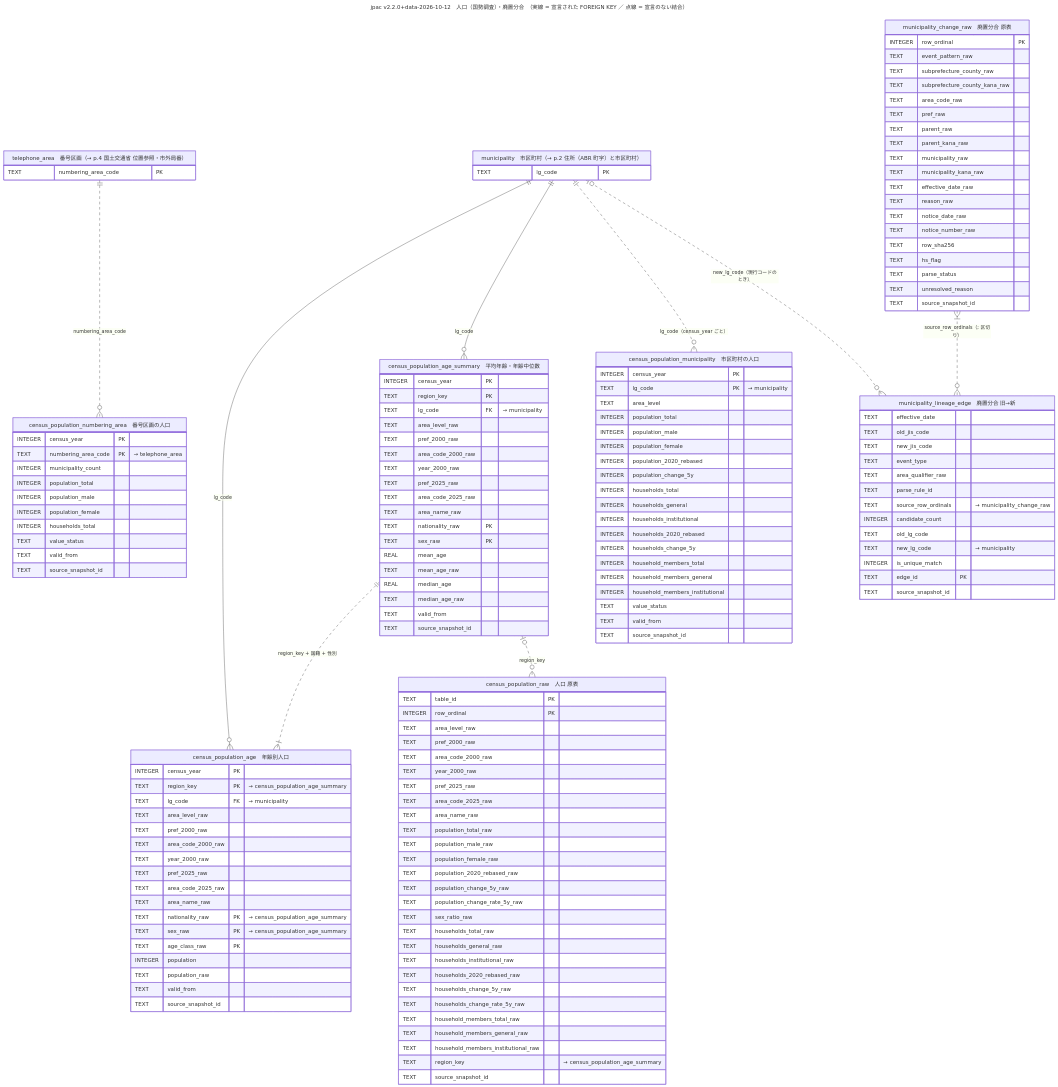
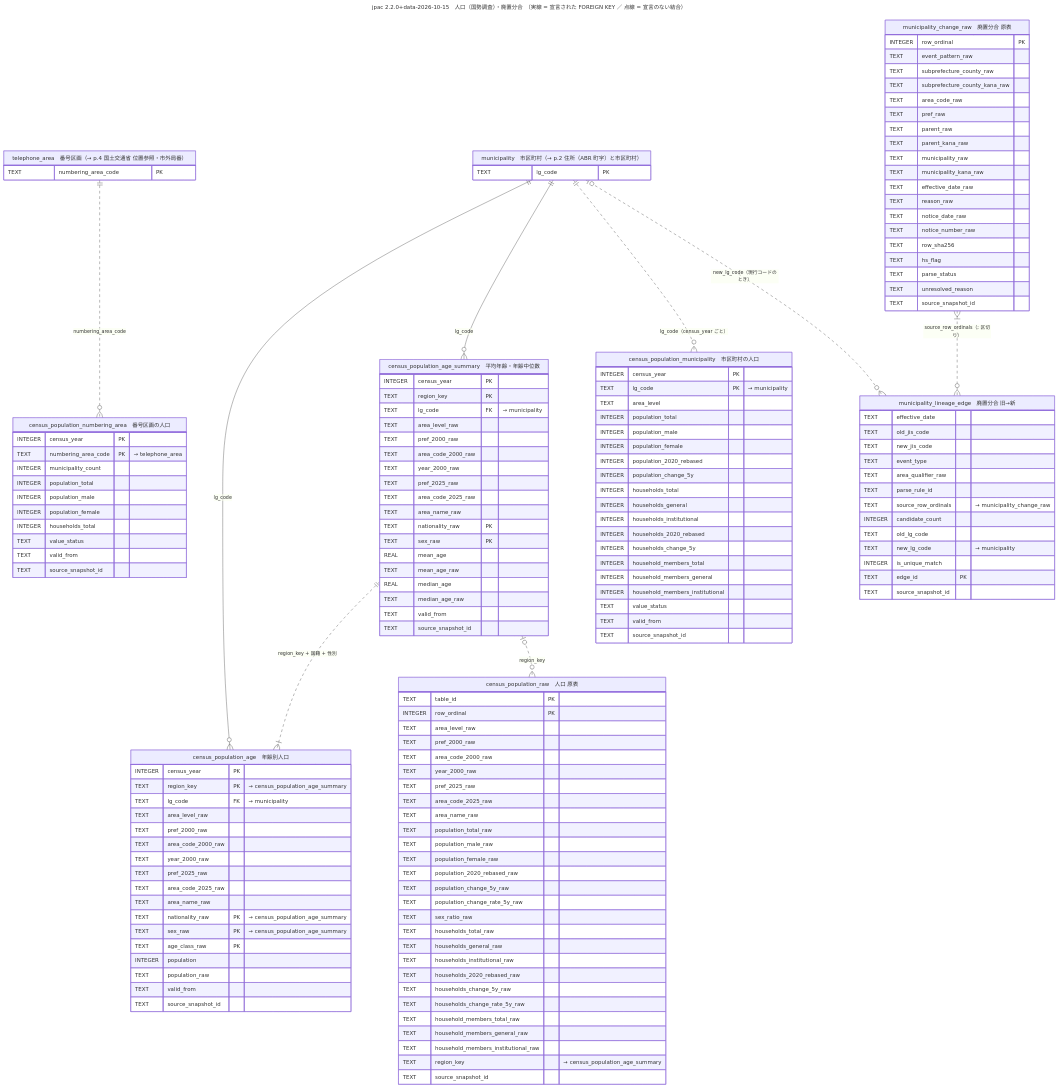
The diagram in docs/diagrams/er/05-census-lineage.mmd (Retro-Maid/jpac), drawn with Mermaid before and after one commit. The commit also changed 33 other files, not shown here.

```diff
--- a/docs/diagrams/er/05-census-lineage.mmd
+++ b/docs/diagrams/er/05-census-lineage.mmd
@@ -1,155 +1,155 @@
 ---
-title: jpac v2.2.0+data-2026-10-12　人口（国勢調査）・廃置分合　（実線 = 宣言された FOREIGN KEY ／ 点線 = 宣言のない結合）
+title: jpac 2.2.0+data-2026-10-15　人口（国勢調査）・廃置分合　（実線 = 宣言された FOREIGN KEY ／ 点線 = 宣言のない結合）
 ---
 erDiagram
   municipality ||--o{ census_population_age : "lg_code"
   municipality ||--o{ census_population_age_summary : "lg_code"
   municipality ||..o{ census_population_municipality : "lg_code（census_year ごと）"
   telephone_area ||..o{ census_population_numbering_area : "numbering_area_code"
   census_population_age_summary ||..|{ census_population_age : "region_key + 国籍 + 性別"
   census_population_age_summary |o..o{ census_population_raw : "region_key"
   municipality |o..o{ municipality_lineage_edge : "new_lg_code（現行コードのとき）"
   municipality_change_raw }|..o{ municipality_lineage_edge : "source_row_ordinals（; 区切り）"
   census_population_municipality["census_population_municipality　市区町村の人口"] {
     INTEGER census_year PK
     TEXT lg_code PK "→ municipality"
     TEXT area_level
     INTEGER population_total
     INTEGER population_male
     INTEGER population_female
     INTEGER population_2020_rebased
     INTEGER population_change_5y
     INTEGER households_total
     INTEGER households_general
     INTEGER households_institutional
     INTEGER households_2020_rebased
     INTEGER households_change_5y
     INTEGER household_members_total
     INTEGER household_members_general
     INTEGER household_members_institutional
     TEXT value_status
     TEXT valid_from
     TEXT source_snapshot_id
   }
   census_population_age["census_population_age　年齢別人口"] {
     INTEGER census_year PK
     TEXT region_key PK "→ census_population_age_summary"
     TEXT lg_code FK "→ municipality"
     TEXT area_level_raw
     TEXT pref_2000_raw
     TEXT area_code_2000_raw
     TEXT year_2000_raw
     TEXT pref_2025_raw
     TEXT area_code_2025_raw
     TEXT area_name_raw
     TEXT nationality_raw PK "→ census_population_age_summary"
     TEXT sex_raw PK "→ census_population_age_summary"
     TEXT age_class_raw PK
     INTEGER population
     TEXT population_raw
     TEXT valid_from
     TEXT source_snapshot_id
   }
   census_population_age_summary["census_population_age_summary　平均年齢・年齢中位数"] {
     INTEGER census_year PK
     TEXT region_key PK
     TEXT lg_code FK "→ municipality"
     TEXT area_level_raw
     TEXT pref_2000_raw
     TEXT area_code_2000_raw
     TEXT year_2000_raw
     TEXT pref_2025_raw
     TEXT area_code_2025_raw
     TEXT area_name_raw
     TEXT nationality_raw PK
     TEXT sex_raw PK
     REAL mean_age
     TEXT mean_age_raw
     REAL median_age
     TEXT median_age_raw
     TEXT valid_from
     TEXT source_snapshot_id
   }
   census_population_numbering_area["census_population_numbering_area　番号区画の人口"] {
     INTEGER census_year PK
     TEXT numbering_area_code PK "→ telephone_area"
     INTEGER municipality_count
     INTEGER population_total
     INTEGER population_male
     INTEGER population_female
     INTEGER households_total
     TEXT value_status
     TEXT valid_from
     TEXT source_snapshot_id
   }
   census_population_raw["census_population_raw　人口 原表"] {
     TEXT table_id PK
     INTEGER row_ordinal PK
     TEXT area_level_raw
     TEXT pref_2000_raw
     TEXT area_code_2000_raw
     TEXT year_2000_raw
     TEXT pref_2025_raw
     TEXT area_code_2025_raw
     TEXT area_name_raw
     TEXT population_total_raw
     TEXT population_male_raw
     TEXT population_female_raw
     TEXT population_2020_rebased_raw
     TEXT population_change_5y_raw
     TEXT population_change_rate_5y_raw
     TEXT sex_ratio_raw
     TEXT households_total_raw
     TEXT households_general_raw
     TEXT households_institutional_raw
     TEXT households_2020_rebased_raw
     TEXT households_change_5y_raw
     TEXT households_change_rate_5y_raw
     TEXT household_members_total_raw
     TEXT household_members_general_raw
     TEXT household_members_institutional_raw
     TEXT region_key  "→ census_population_age_summary"
     TEXT source_snapshot_id
   }
   municipality_lineage_edge["municipality_lineage_edge　廃置分合 旧→新"] {
     TEXT effective_date
     TEXT old_jis_code
     TEXT new_jis_code
     TEXT event_type
     TEXT area_qualifier_raw
     TEXT parse_rule_id
     TEXT source_row_ordinals  "→ municipality_change_raw"
     INTEGER candidate_count
     TEXT old_lg_code
     TEXT new_lg_code  "→ municipality"
     INTEGER is_unique_match
     TEXT edge_id PK
     TEXT source_snapshot_id
   }
   municipality_change_raw["municipality_change_raw　廃置分合 原表"] {
     INTEGER row_ordinal PK
     TEXT event_pattern_raw
     TEXT subprefecture_county_raw
     TEXT subprefecture_county_kana_raw
     TEXT area_code_raw
     TEXT pref_raw
     TEXT parent_raw
     TEXT parent_kana_raw
     TEXT municipality_raw
     TEXT municipality_kana_raw
     TEXT effective_date_raw
     TEXT reason_raw
     TEXT notice_date_raw
     TEXT notice_number_raw
     TEXT row_sha256
     TEXT hs_flag
     TEXT parse_status
     TEXT unresolved_reason
     TEXT source_snapshot_id
   }
   municipality["municipality　市区町村（→ p.2 住所（ABR 町字）と市区町村）"] {
     TEXT lg_code PK
   }
   telephone_area["telephone_area　番号区画（→ p.4 国土交通省 位置参照・市外局番）"] {
     TEXT numbering_area_code PK
   }
```
